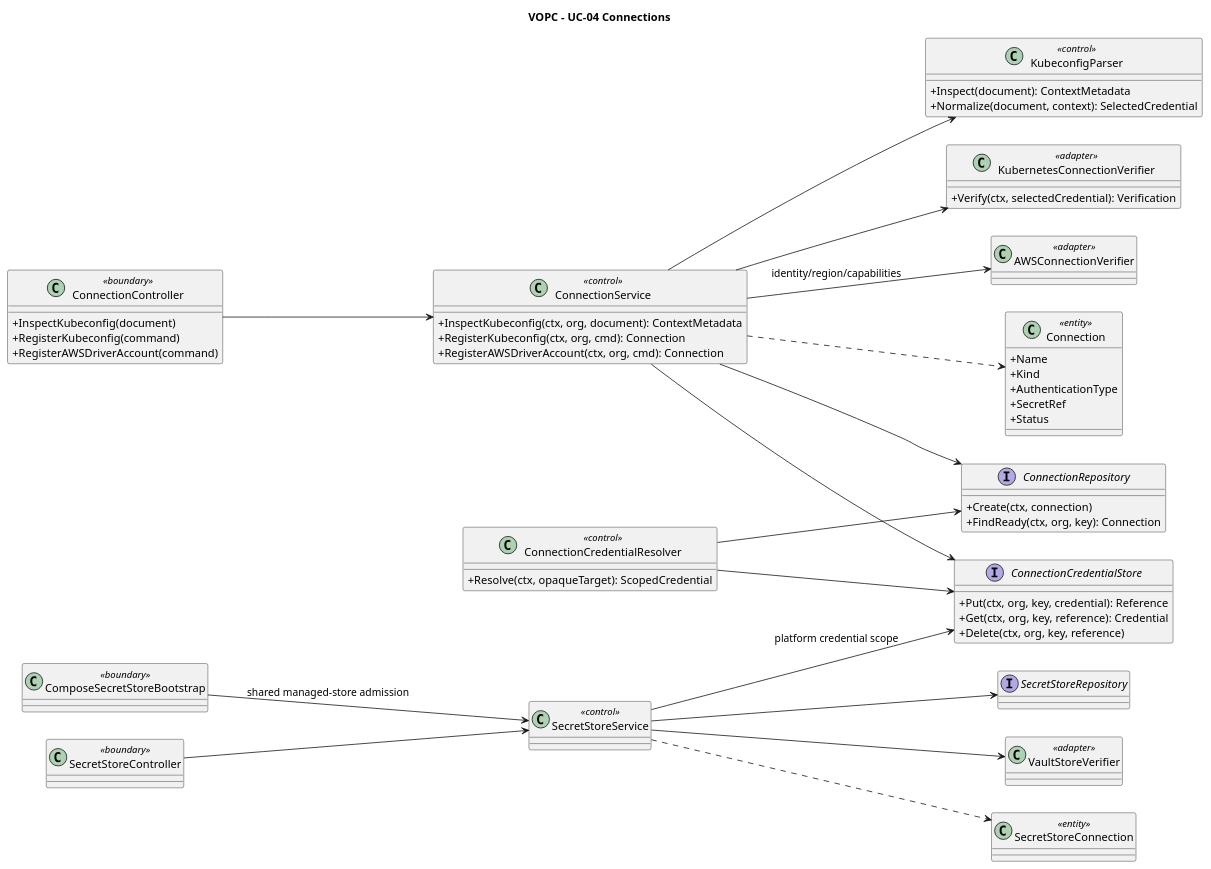
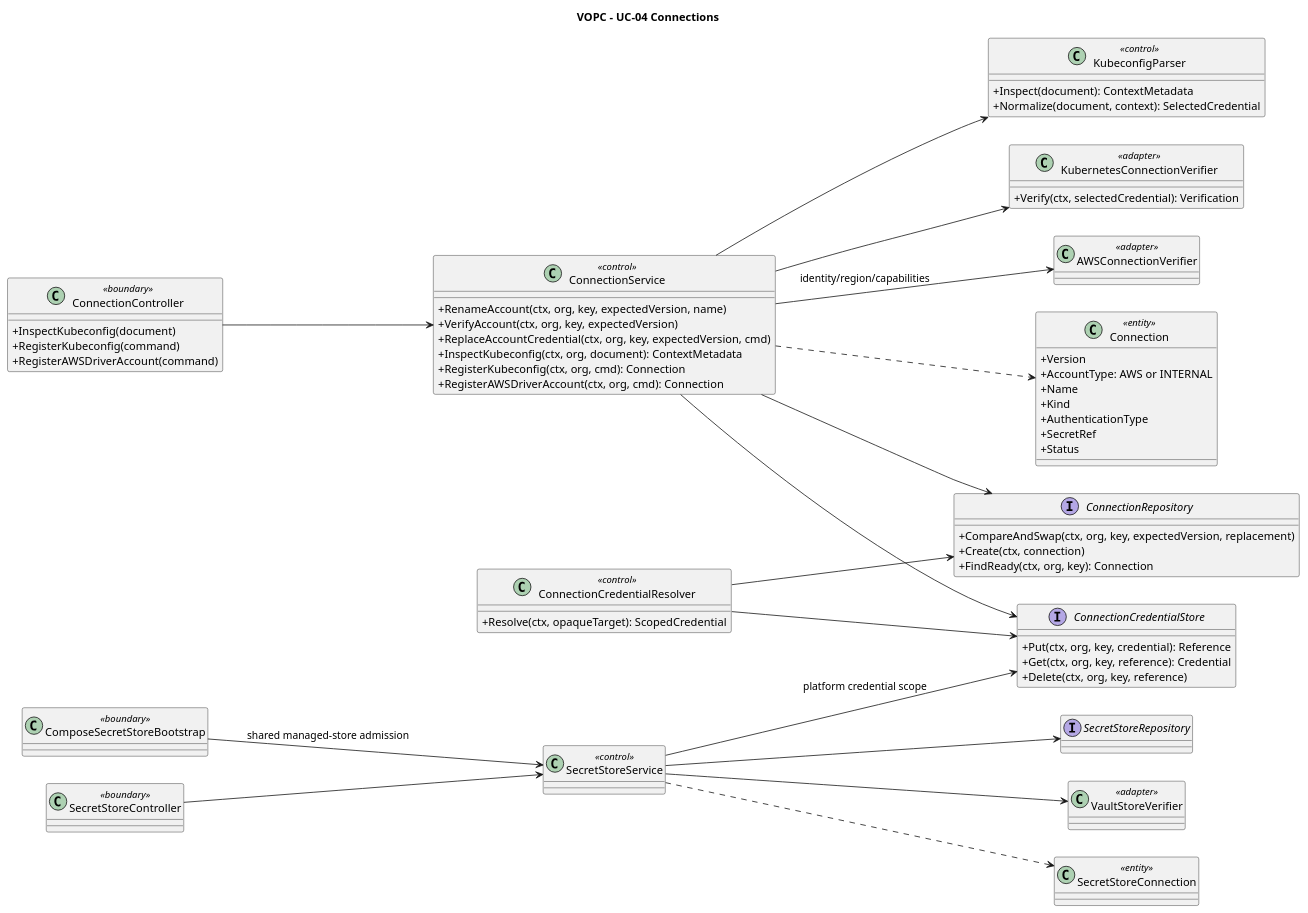
Before and after one commit to pr3s3nt/poc: the diagram in orchestrator_docs/usecase/UC-04/vopc.puml, drawn with PlantUML. The commit also changed 25 other files, not shown here.

```diff
--- a/orchestrator_docs/usecase/UC-04/vopc.puml
+++ b/orchestrator_docs/usecase/UC-04/vopc.puml
@@ -1,63 +1,69 @@
 @startuml
 title VOPC - UC-04 Connections
 left to right direction
 skinparam classAttributeIconSize 0
 class ConnectionController <<boundary>> {
   +InspectKubeconfig(document)
   +RegisterKubeconfig(command)
   +RegisterAWSDriverAccount(command)
 }
 class ConnectionService <<control>> {
+  +RenameAccount(ctx, org, key, expectedVersion, name)
+  +VerifyAccount(ctx, org, key, expectedVersion)
+  +ReplaceAccountCredential(ctx, org, key, expectedVersion, cmd)
   +InspectKubeconfig(ctx, org, document): ContextMetadata
   +RegisterKubeconfig(ctx, org, cmd): Connection
   +RegisterAWSDriverAccount(ctx, org, cmd): Connection
 }
 class KubeconfigParser <<control>> {
   +Inspect(document): ContextMetadata
   +Normalize(document, context): SelectedCredential
 }
 class KubernetesConnectionVerifier <<adapter>> {
   +Verify(ctx, selectedCredential): Verification
 }
 class AWSConnectionVerifier <<adapter>>
 class Connection <<entity>> {
+  +Version
+  +AccountType: AWS or INTERNAL
   +Name
   +Kind
   +AuthenticationType
   +SecretRef
   +Status
 }
 interface ConnectionCredentialStore {
   +Put(ctx, org, key, credential): Reference
   +Get(ctx, org, key, reference): Credential
   +Delete(ctx, org, key, reference)
 }
 interface ConnectionRepository {
+  +CompareAndSwap(ctx, org, key, expectedVersion, replacement)
   +Create(ctx, connection)
   +FindReady(ctx, org, key): Connection
 }
 class ConnectionCredentialResolver <<control>> {
   +Resolve(ctx, opaqueTarget): ScopedCredential
 }
 ConnectionController --> ConnectionService
 ConnectionService --> KubeconfigParser
 ConnectionService --> ConnectionCredentialStore
 ConnectionService --> ConnectionRepository
 ConnectionService --> KubernetesConnectionVerifier
 ConnectionService --> AWSConnectionVerifier : identity/region/capabilities
 ConnectionService ..> Connection
 ConnectionCredentialResolver --> ConnectionRepository
 ConnectionCredentialResolver --> ConnectionCredentialStore
 class SecretStoreController <<boundary>>
 class SecretStoreService <<control>>
 class VaultStoreVerifier <<adapter>>
 class SecretStoreConnection <<entity>>
 interface SecretStoreRepository
 SecretStoreController --> SecretStoreService
 SecretStoreService --> VaultStoreVerifier
 SecretStoreService --> SecretStoreRepository
 SecretStoreService --> ConnectionCredentialStore : platform credential scope
 SecretStoreService ..> SecretStoreConnection
 class ComposeSecretStoreBootstrap <<boundary>>
 ComposeSecretStoreBootstrap --> SecretStoreService : shared managed-store admission
 @enduml
```
